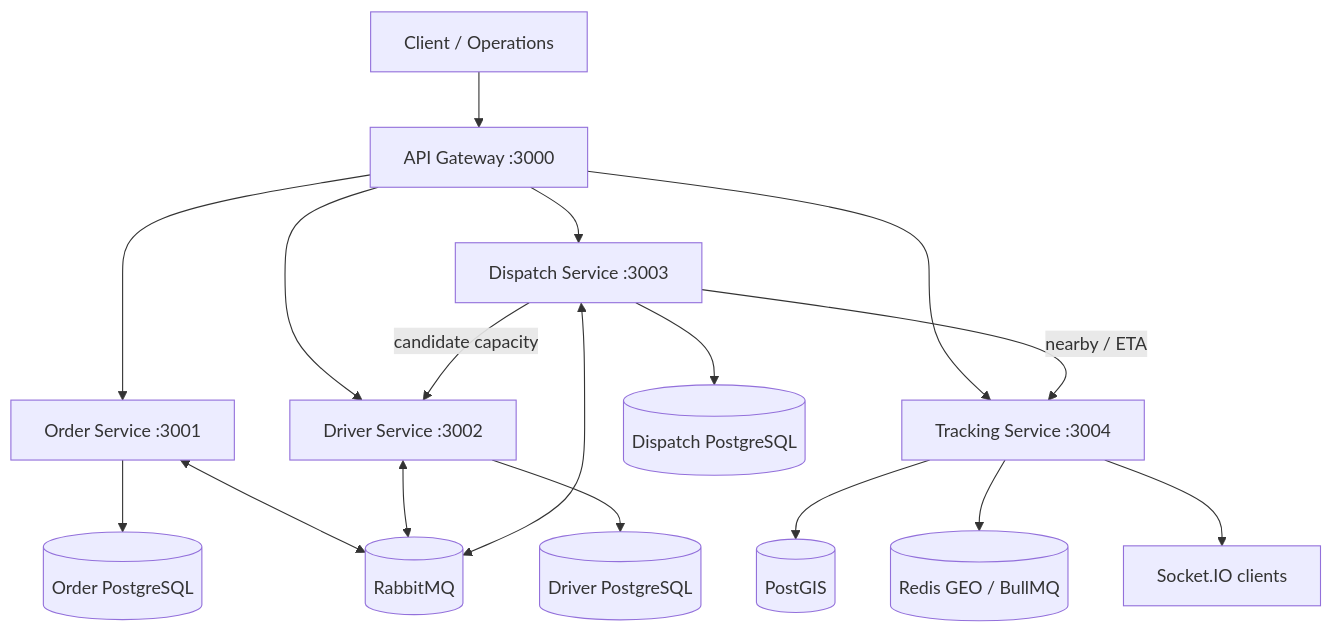
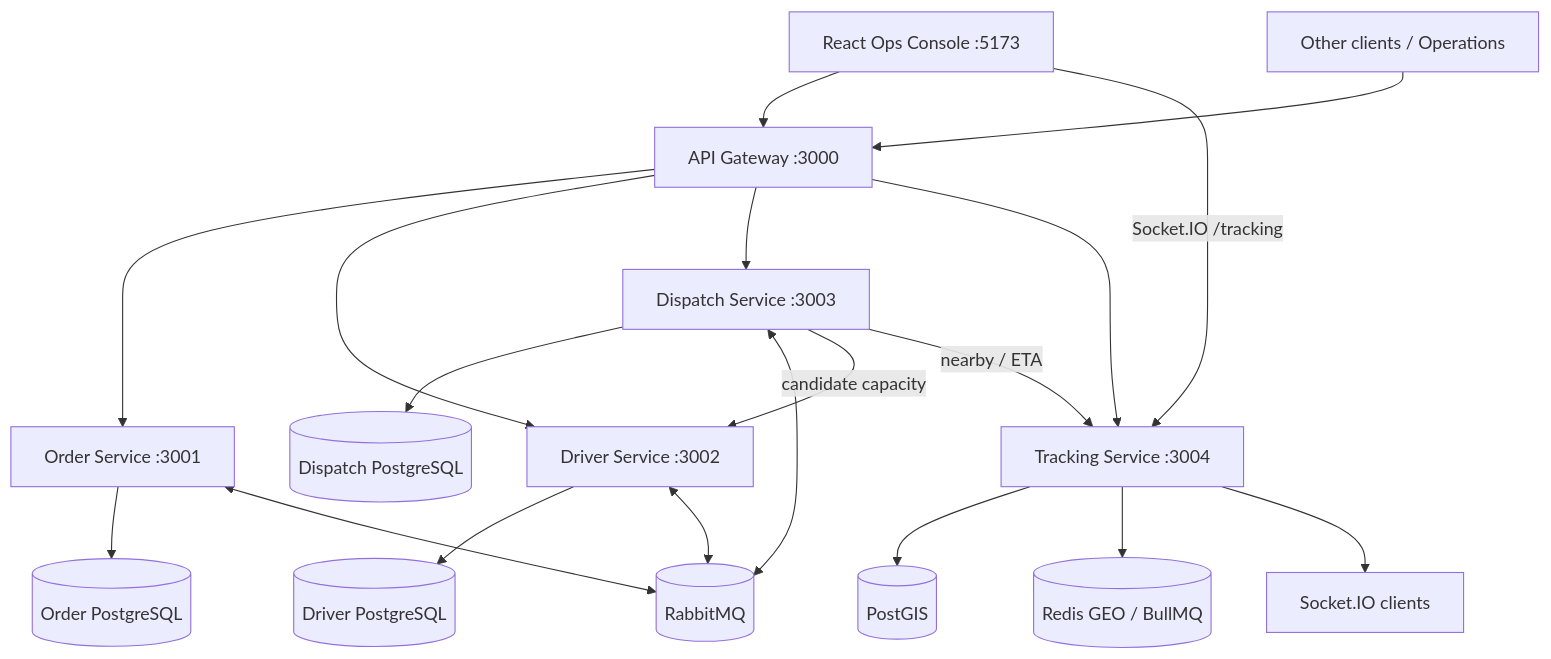
The first of 2 diagrams in ARCHITECTURE.md (JoelDiaz93/RouteFast), drawn with Mermaid before and after one commit. The commit also changed other lines of this file and 52 other files, not shown here.

````diff
--- a/ARCHITECTURE.md
+++ b/ARCHITECTURE.md
@@ -7,21 +7,23 @@
 ```mermaid
 flowchart TD
-  Client[Client / Operations] --> GW[API Gateway :3000]
+  Console[React Ops Console :5173] --> GW[API Gateway :3000]
+  Console -->|Socket.IO /tracking| T[Tracking Service :3004]
+  Client[Other clients / Operations] --> GW
   GW --> O[Order Service :3001]
   GW --> R[Driver Service :3002]
   GW --> D[Dispatch Service :3003]
-  GW --> T[Tracking Service :3004]
+  GW --> T
 
   O --> ODB[(Order PostgreSQL)]
   R --> RDB[(Driver PostgreSQL)]
   D --> DDB[(Dispatch PostgreSQL)]
   T --> PG[(PostGIS)]
   T --> Redis[(Redis GEO / BullMQ)]
 
   O <--> MQ[(RabbitMQ)]
   R <--> MQ
   D <--> MQ
   D -->|candidate capacity| R
   D -->|nearby / ETA| T
   T --> WS[Socket.IO clients]
 ```
````
